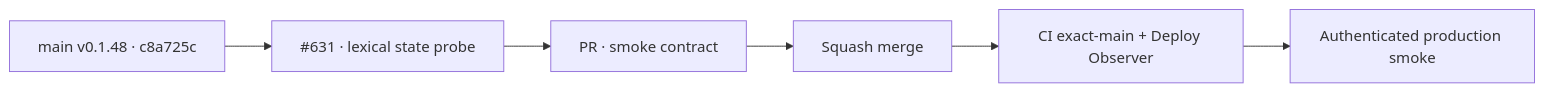
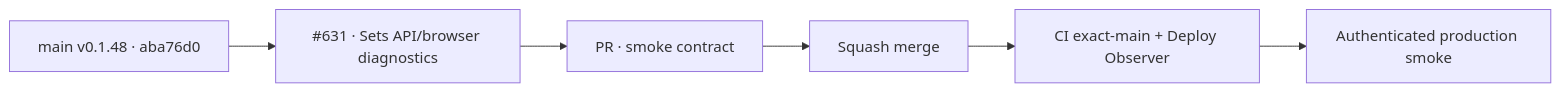
The diagram in README.md (pl0n3r/brvtal), drawn with Mermaid before and after one commit. The commit also changed other lines of this file and 2 other files, not shown here.

First line of the commit message:
test(production): isolate Sets navigation latency (#642)

````diff
--- a/README.md
+++ b/README.md
@@ -50,6 +50,6 @@
 ```mermaid
 flowchart LR
- B["main v0.1.48 · c8a725c"] --> F["#631 · lexical state probe"]
+ B["main v0.1.48 · aba76d0"] --> F["#631 · Sets API/browser diagnostics"]
  F --> P["PR · smoke contract"] --> M["Squash merge"]
  M --> C["CI exact-main + Deploy Observer"] --> S["Authenticated production smoke"]
 ```
````
